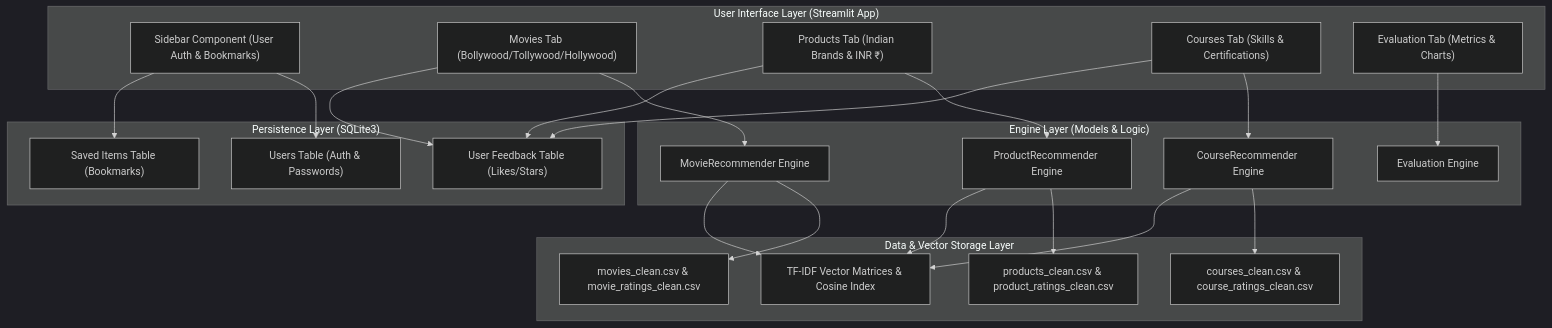
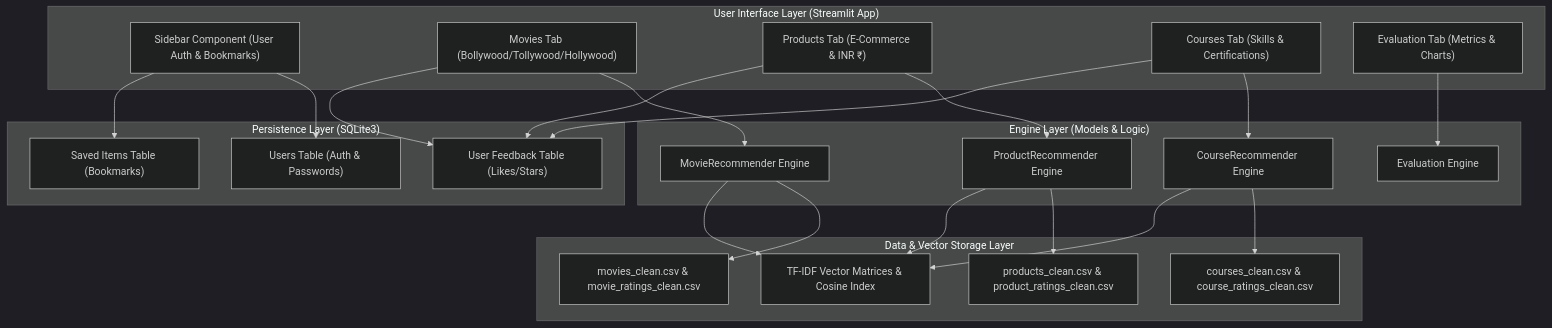
One commit to suraz111/AI-Lab-project--Recommendation-System- changed the diagram in DESIGN.md. Above: the diagram before and after it, drawn with Mermaid (dark theme). The commit also changed other lines of this file and 3 other files, not shown here.

Commit message:
feat: rename domain from Indian Brands to Products across UI, tabs, and models

````diff
--- a/DESIGN.md
+++ b/DESIGN.md
@@ -98,47 +98,47 @@
 ```mermaid
 graph TD
     subgraph UI ["User Interface Layer (Streamlit App)"]
         Sidebar["Sidebar Component (User Auth & Bookmarks)"]
         Tab1["Movies Tab (Bollywood/Tollywood/Hollywood)"]
-        Tab2["Products Tab (Indian Brands & INR ₹)"]
+        Tab2["Products Tab (E-Commerce & INR ₹)"]
         Tab3["Courses Tab (Skills & Certifications)"]
         Tab4["Evaluation Tab (Metrics & Charts)"]
     end
 
     subgraph Core ["Engine Layer (Models & Logic)"]
         MovieEng["MovieRecommender Engine"]
         ProdEng["ProductRecommender Engine"]
         CourseEng["CourseRecommender Engine"]
         EvalEng["Evaluation Engine"]
     end
 
     subgraph Data ["Data & Vector Storage Layer"]
         MovieCSV["movies_clean.csv & movie_ratings_clean.csv"]
         ProdCSV["products_clean.csv & product_ratings_clean.csv"]
         CourseCSV["courses_clean.csv & course_ratings_clean.csv"]
         TFIDF["TF-IDF Vector Matrices & Cosine Index"]
     end
 
     subgraph DB ["Persistence Layer (SQLite3)"]
         UsersTBL["Users Table (Auth & Passwords)"]
         BookmarksTBL["Saved Items Table (Bookmarks)"]
         FeedbackTBL["User Feedback Table (Likes/Stars)"]
     end
 
     Tab1 --> MovieEng
     Tab2 --> ProdEng
     Tab3 --> CourseEng
     Tab4 --> EvalEng
 
     MovieEng --> MovieCSV
     ProdEng --> ProdCSV
     CourseEng --> CourseCSV
     
     MovieEng --> TFIDF
     ProdEng --> TFIDF
     CourseEng --> TFIDF
 
     Sidebar --> UsersTBL
     Sidebar --> BookmarksTBL
     Tab1 & Tab2 & Tab3 --> FeedbackTBL
 ```
````
